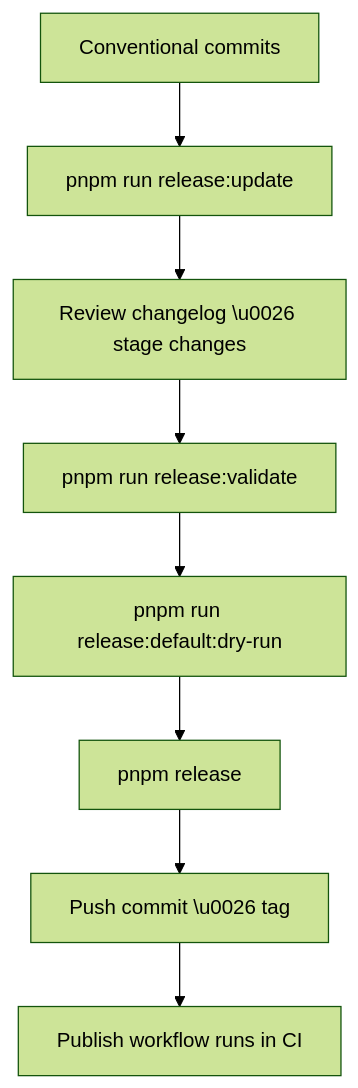
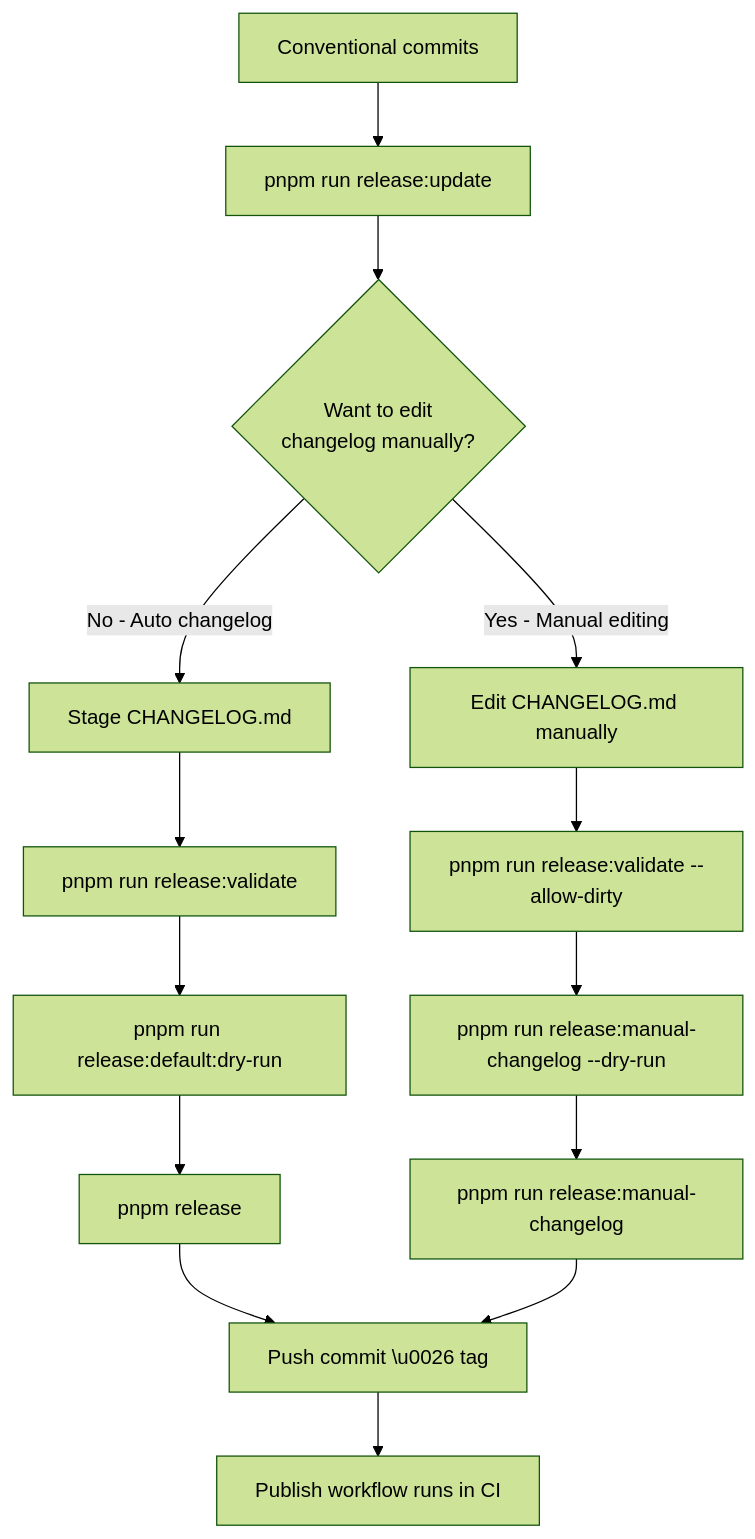
The diagram in README.md (oorabona/release-it-preset), drawn with Mermaid (forest theme) before and after one commit. The commit also changed other lines of this file and 3 other files, not shown here.

Commit message:
feat: add manual changelog release configuration and update CLI commands

````diff
--- a/README.md
+++ b/README.md
@@ -493,10 +541,19 @@
 ```mermaid
 flowchart TD
   A[Conventional commits] --> B[pnpm run release:update]
-  B --> C[Review changelog \u0026 stage changes]
-  C --> D[pnpm run release:validate]
-  D --> E[pnpm run release:default:dry-run]
-  E --> F[pnpm release]
-  F --> G[Push commit \u0026 tag]
-  G --> H[Publish workflow runs in CI]
+  B --> C{Want to edit<br/>changelog manually?}
+
+  C -->|No - Auto changelog| D[Stage CHANGELOG.md]
+  D --> E[pnpm run release:validate]
+  E --> F[pnpm run release:default:dry-run]
+  F --> G[pnpm release]
+
+  C -->|Yes - Manual editing| H[Edit CHANGELOG.md manually]
+  H --> I[pnpm run release:validate --allow-dirty]
+  I --> J[pnpm run release:manual-changelog --dry-run]
+  J --> K[pnpm run release:manual-changelog]
+
+  G --> L[Push commit \u0026 tag]
+  K --> L
+  L --> M[Publish workflow runs in CI]
 ```
````
